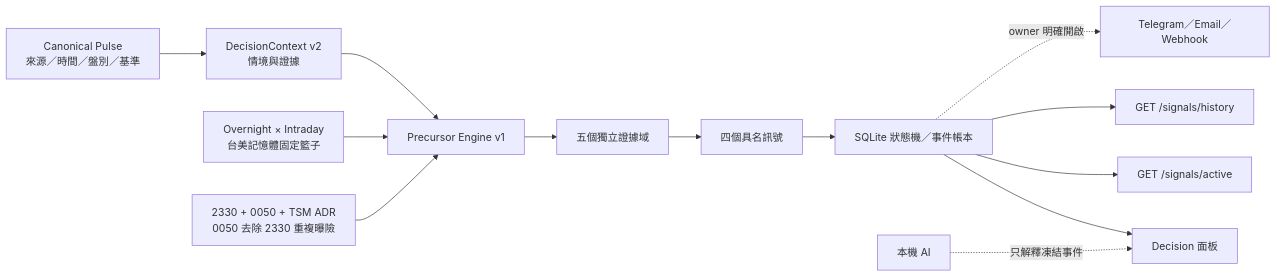
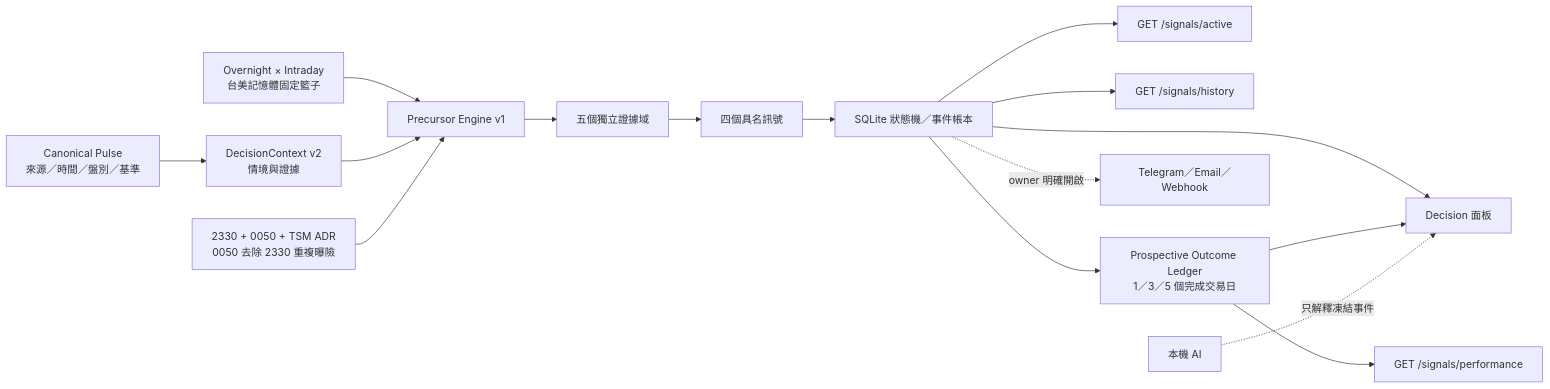
The first of 2 diagrams in docs/MARKET_PRECURSOR_SIGNALS.md (SamHuang68/AI_Stock), drawn with Mermaid before and after one commit. The commit also changed other lines of this file and 21 other files, not shown here.

````diff
--- a/docs/MARKET_PRECURSOR_SIGNALS.md
+++ b/docs/MARKET_PRECURSOR_SIGNALS.md
@@ -9,15 +9,18 @@
 ```mermaid
 flowchart LR
   A["Canonical Pulse\n來源／時間／盤別／基準"] --> B["DecisionContext v2\n情境與證據"]
   C["Overnight × Intraday\n台美記憶體固定籃子"] --> D["Precursor Engine v1"]
   B --> D
   E["2330 + 0050 + TSM ADR\n0050 去除 2330 重複曝險"] --> D
   D --> F["五個獨立證據域"]
   F --> G["四個具名訊號"]
   G --> H["SQLite 狀態機／事件帳本"]
   H --> I["Decision 面板"]
   H --> J["GET /signals/active"]
   H --> K["GET /signals/history"]
+  H --> V["Prospective Outcome Ledger\n1／3／5 個完成交易日"]
+  V --> P["GET /signals/performance"]
+  V --> I
   H -. "owner 明確開啟" .-> L["Telegram／Email／Webhook"]
   M["本機 AI"] -. "只解釋凍結事件" .-> I
 ```
````
